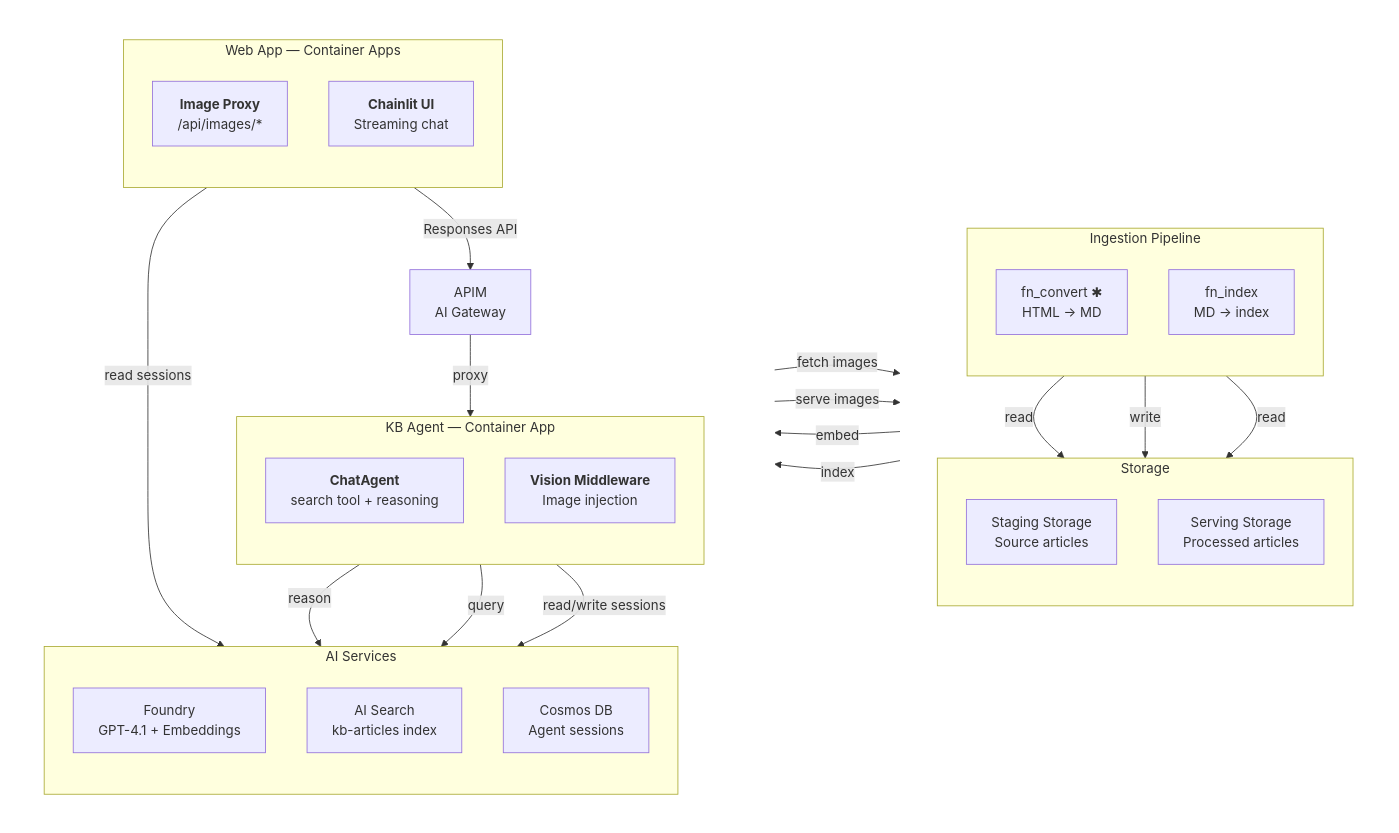
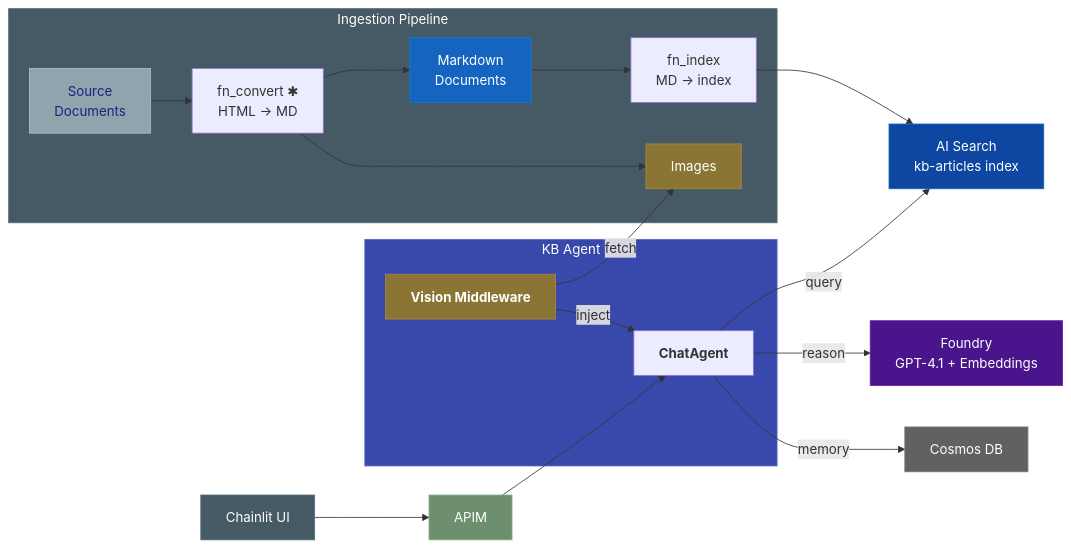
The second of 3 diagrams in docs/specs/architecture.md (aldelar/context-aware-vision-grounded-kb-agent), drawn with Mermaid before and after one commit. The commit also changed other lines of this file and 6 other files, not shown here.

````diff
--- a/docs/specs/architecture.md
+++ b/docs/specs/architecture.md
@@ -70,57 +75,34 @@
 ```mermaid
 flowchart LR
-    subgraph left[" "]
-        direction TB
-        subgraph Pipeline["Ingestion Pipeline"]
-            direction TB
-            CVT["fn_convert ✱<br/>HTML → MD"]
-            IDX["fn_index<br/>MD → index"]
-        end
-        subgraph Sources["Storage"]
-            direction TB
-            SA1["Staging Storage<br/>Source articles"]
-            SA2["Serving Storage<br/>Processed articles"]
-        end
+    subgraph Pipeline["Ingestion Pipeline"]
+        SA1["Source<br/>Documents"] --> CVT["fn_convert ✱<br/>HTML → MD"] --> SA2["Markdown<br/>Documents"] --> IDX["fn_index<br/>MD → index"]
+        CVT --> IMG["Images"]
     end
 
-    subgraph right[" "]
-        direction TB
-        subgraph Center["AI Services"]
-            direction TB
-            AF["Foundry<br/>GPT-4.1 + Embeddings"]
-            AIS["AI Search<br/>kb-articles index"]
-            COSMOS["Cosmos DB<br/>Agent sessions"]
-        end
-        subgraph AgentSvc["KB Agent — Container App"]
-            direction TB
-            AGENT["<b>ChatAgent</b><br/>search tool + reasoning"]
-            VIS["<b>Vision Middleware</b><br/>Image injection"]
-        end
-        APIM["APIM<br/>AI Gateway"]
-        subgraph WebApp["Web App — Container Apps"]
-            direction TB
-            PROXY["<b>Image Proxy</b><br/>/api/images/*"]
-            CHAT["<b>Chainlit UI</b><br/>Streaming chat"]
-        end
+    IDX --> AIS["AI Search<br/>kb-articles index"]
+
+    subgraph AgentSvc["KB Agent"]
+        AGENT["<b>ChatAgent</b>"]
+        VIS["<b>Vision Middleware</b>"]
     end
 
-    CVT -->|read| SA1
-    CVT -->|write| SA2
-    IDX -->|read| SA2
+    AGENT -->|query| AIS
+    AGENT -->|reason| AF["Foundry<br/>GPT-4.1 + Embeddings"]
+    VIS -->|fetch| IMG
+    VIS -->|inject| AGENT
+    AGENT -->|memory| COSMOS["Cosmos DB"]
 
-    IDX -->|embed| AF
-    IDX -->|index| AIS
+    CHAT["Chainlit UI"] --> APIM["APIM"] --> AGENT
 
-    AGENT -->|reason| AF
-    AGENT -->|query| AIS
-    VIS -->|fetch images| SA2
-
-    CHAT -->|Responses API| APIM
-    APIM -->|proxy| AGENT
-    AGENT -->|read/write sessions| COSMOS
-    CHAT -->|read sessions| COSMOS
-    PROXY -->|serve images| SA2
-
-    classDef invisible fill:none,stroke:none;
-    class left,right invisible;
+    style AgentSvc fill:#3949ab,stroke:#5c6bc0,color:#ffffff
+    style Pipeline fill:#455a64,stroke:#546e7a,color:#ffffff
+    style APIM fill:#6d8f6d,stroke:#8aac8a,color:#ffffff
+    style COSMOS fill:#616161,stroke:#757575,color:#ffffff
+    style SA2 fill:#1565c0,stroke:#1976d2,color:#ffffff
+    style SA1 fill:#90a4ae,stroke:#b0bec5,color:#1a237e
+    style AIS fill:#0d47a1,stroke:#1565c0,color:#ffffff
+    style VIS fill:#8b7535,stroke:#a6893f,color:#ffffff
+    style IMG fill:#8b7535,stroke:#a6893f,color:#ffffff
+    style AF fill:#4a148c,stroke:#6a1b9a,color:#ffffff
+    style CHAT fill:#455a64,stroke:#546e7a,color:#ffffff
 ```
````
